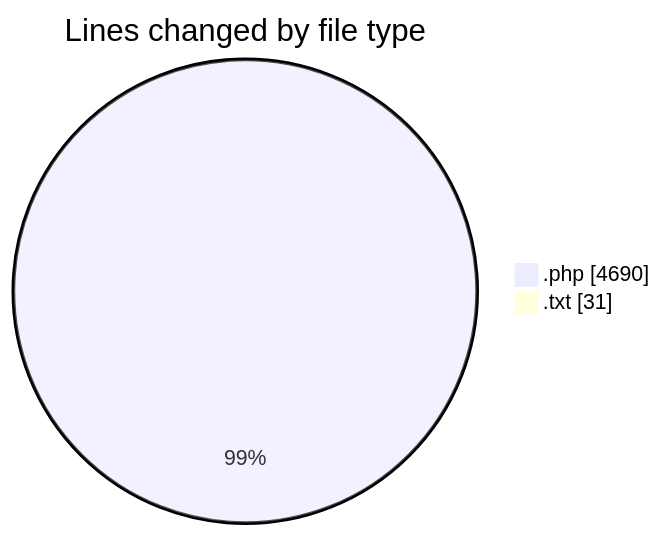
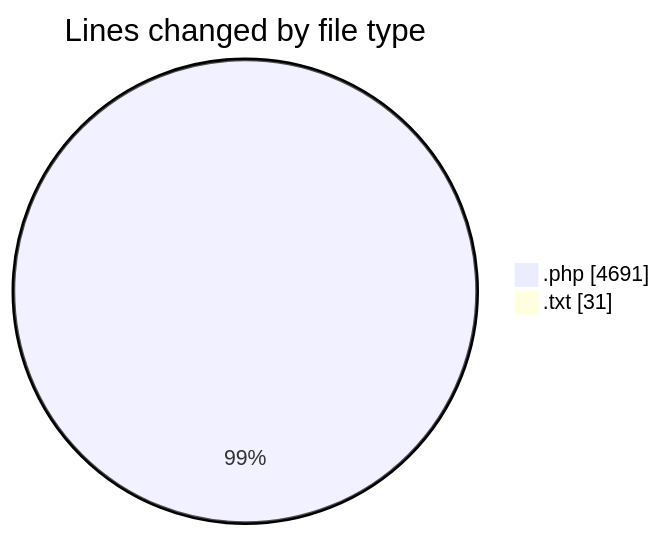
One commit to debugP/code-tracking changed the first of 2 diagrams in 2025-10-17/untitled__workspace_/README.md. Above: the diagram before and after it, drawn with Mermaid. The commit also changed other lines of this file and 1 other file, not shown here.

````diff
--- a/2025-10-17/untitled__workspace_/README.md
+++ b/2025-10-17/untitled__workspace_/README.md
@@ -23,6 +23,6 @@
 ```mermaid
 pie showData
 title Lines changed by file type
-".php" : 4690
+".php" : 4691
 ".txt" : 31
 ```
````
